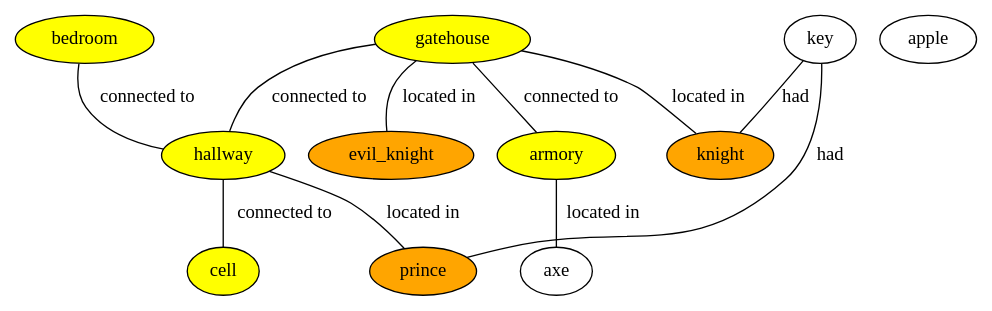
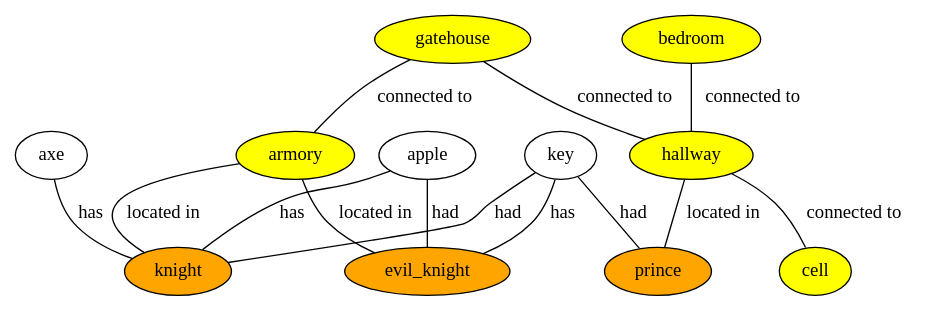
The diagram in BardStep/log/graph.dot (sammo4gun/DungeonRunner), drawn with Graphviz before and after one commit. The commit also changed 8 other files, not shown here.

```diff
--- a/BardStep/log/graph.dot
+++ b/BardStep/log/graph.dot
@@ -1,23 +1,26 @@
 strict graph  {
 gatehouse [fillcolor=yellow, style=filled, type=location];
 bedroom [fillcolor=yellow, style=filled, type=location];
 armory [fillcolor=yellow, style=filled, type=location];
 hallway [fillcolor=yellow, style=filled, type=location];
 cell [fillcolor=yellow, style=filled, type=location];
 axe [fillcolor=white, style=filled, type=object];
 key [fillcolor=white, style=filled, type=object];
 apple [fillcolor=white, style=filled, type=object];
 knight [fillcolor=orange, style=filled, type=character];
 evil_knight [fillcolor=orange, style=filled, type=character];
 prince [fillcolor=orange, style=filled, type=character];
 gatehouse -- hallway  [label="connected to"];
 gatehouse -- armory  [label="connected to"];
-gatehouse -- evil_knight  [label="located in"];
-gatehouse -- knight  [label="located in"];
 bedroom -- hallway  [label="connected to"];
-armory -- axe  [label="located in"];
+armory -- evil_knight  [label="located in"];
+armory -- knight  [label="located in"];
 hallway -- cell  [label="connected to"];
 hallway -- prince  [label="located in"];
+axe -- knight  [label=has];
+key -- evil_knight  [label=has];
+key -- prince  [label=had];
 key -- knight  [label=had];
-key -- prince  [label=had];
+apple -- evil_knight  [label=had];
+apple -- knight  [label=has];
 }
```
